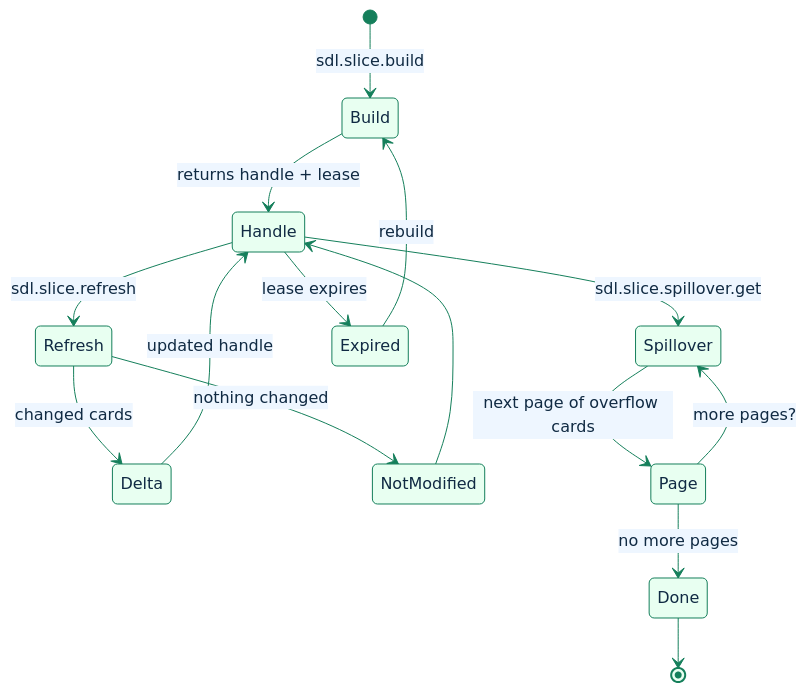
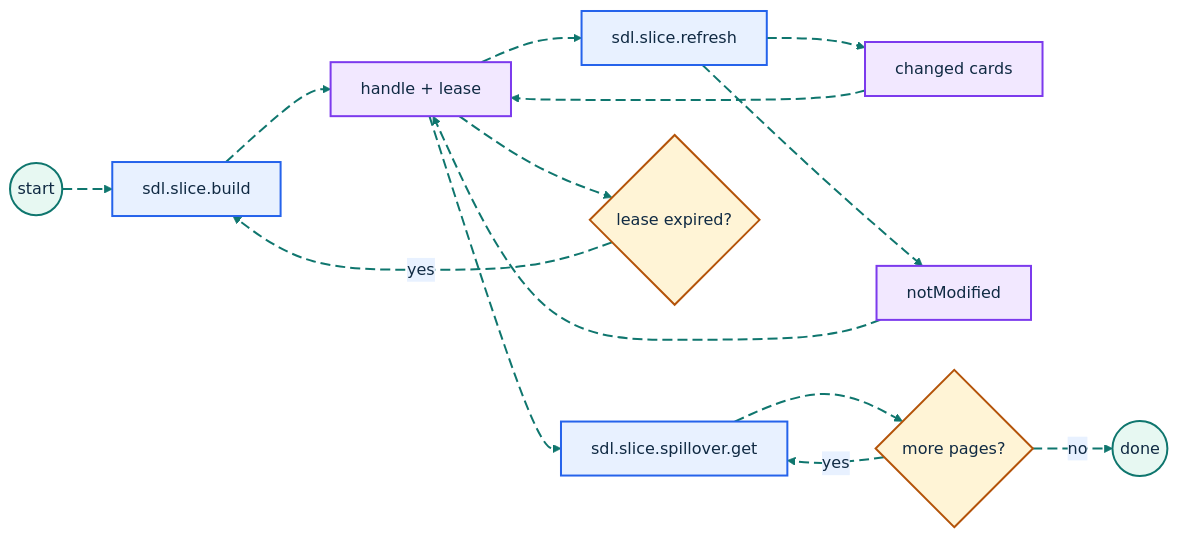
One commit to GlitterKill/sdl-mcp changed the third of 3 diagrams in docs/feature-deep-dives/graph-slicing.md. Above: the diagram before and after it, drawn with Mermaid. The commit also changed other lines of this file and 33 other files, not shown here.

First line of the commit message:
docs: update mermaid diagram themes and styling across documentation

````diff
--- a/docs/feature-deep-dives/graph-slicing.md
+++ b/docs/feature-deep-dives/graph-slicing.md
@@ -73,18 +99,41 @@
 ```mermaid
-%%{init: {"theme":"base","themeVariables":{"primaryColor":"#e8fff1","primaryBorderColor":"#157f5b","primaryTextColor":"#102a43","secondaryColor":"#eef6ff","secondaryBorderColor":"#2563eb","tertiaryColor":"#fff4d6","tertiaryBorderColor":"#b45309","lineColor":"#157f5b","fontFamily":"Trebuchet MS, Arial"},"flowchart":{"curve":"basis"}}}%%
-stateDiagram-v2
-    [*] --> Build: sdl.slice.build
-    Build --> Handle: returns handle + lease
-    Handle --> Refresh: sdl.slice.refresh
-    Refresh --> Delta: changed cards
-    Refresh --> NotModified: nothing changed
-    Delta --> Handle: updated handle
-    NotModified --> Handle
-    Handle --> Spillover: sdl.slice.spillover.get
-    Spillover --> Page: next page of overflow cards
-    Page --> Spillover: more pages?
-    Page --> Done: no more pages
-    Handle --> Expired: lease expires
-    Expired --> Build: rebuild
-    Done --> [*]
+%%{init: {"theme":"base","themeVariables":{"background":"#ffffff","primaryColor":"#E7F8F2","primaryBorderColor":"#0F766E","primaryTextColor":"#102A43","secondaryColor":"#E8F1FF","secondaryBorderColor":"#2563EB","secondaryTextColor":"#102A43","tertiaryColor":"#FFF4D6","tertiaryBorderColor":"#B45309","tertiaryTextColor":"#102A43","lineColor":"#0F766E","textColor":"#102A43","fontFamily":"Inter, ui-sans-serif, system-ui, -apple-system, BlinkMacSystemFont, Segoe UI, sans-serif"},"flowchart":{"curve":"basis","htmlLabels":true}}}%%
+flowchart LR
+    Start(("start"))
+    Build["sdl.slice.build"]
+    Handle["handle + lease"]
+    Refresh["sdl.slice.refresh"]
+    Delta["changed cards"]
+    NotModified["notModified"]
+    Spillover["sdl.slice.spillover.get"]
+    Page{"more pages?"}
+    Done(("done"))
+    Expired{"lease expired?"}
+
+    Start e1@--> Build
+    Build e2@--> Handle
+    Handle e3@--> Refresh
+    Refresh e4@--> Delta
+    Refresh e5@--> NotModified
+    Delta e6@--> Handle
+    NotModified e7@--> Handle
+    Handle e8@--> Spillover
+    Spillover e9@--> Page
+    Page e10@-->|yes| Spillover
+    Page e11@-->|no| Done
+    Handle e12@--> Expired
+    Expired e13@-->|yes| Build
+
+    classDef source fill:#E7F8F2,stroke:#0F766E,stroke-width:2px,color:#102A43;
+    classDef process fill:#E8F1FF,stroke:#2563EB,stroke-width:2px,color:#102A43;
+    classDef decision fill:#FFF4D6,stroke:#B45309,stroke-width:2px,color:#102A43;
+    classDef storage fill:#F2E8FF,stroke:#7C3AED,stroke-width:2px,color:#102A43;
+    classDef output fill:#FFE8EF,stroke:#BE123C,stroke-width:2px,color:#102A43;
+    classDef muted fill:#F8FAFC,stroke:#64748B,stroke-width:1px,color:#102A43;
+    classDef animate stroke:#0F766E,stroke-width:2px,stroke-dasharray:10\,5,stroke-dashoffset:900,animation:dash 22s linear infinite;
+    class Start,Done source;
+    class Build,Refresh,Spillover process;
+    class Handle,Delta,NotModified storage;
+    class Page,Expired decision;
+    class e1,e2,e3,e4,e5,e6,e7,e8,e9,e10,e11,e12,e13 animate;
 ```
````
